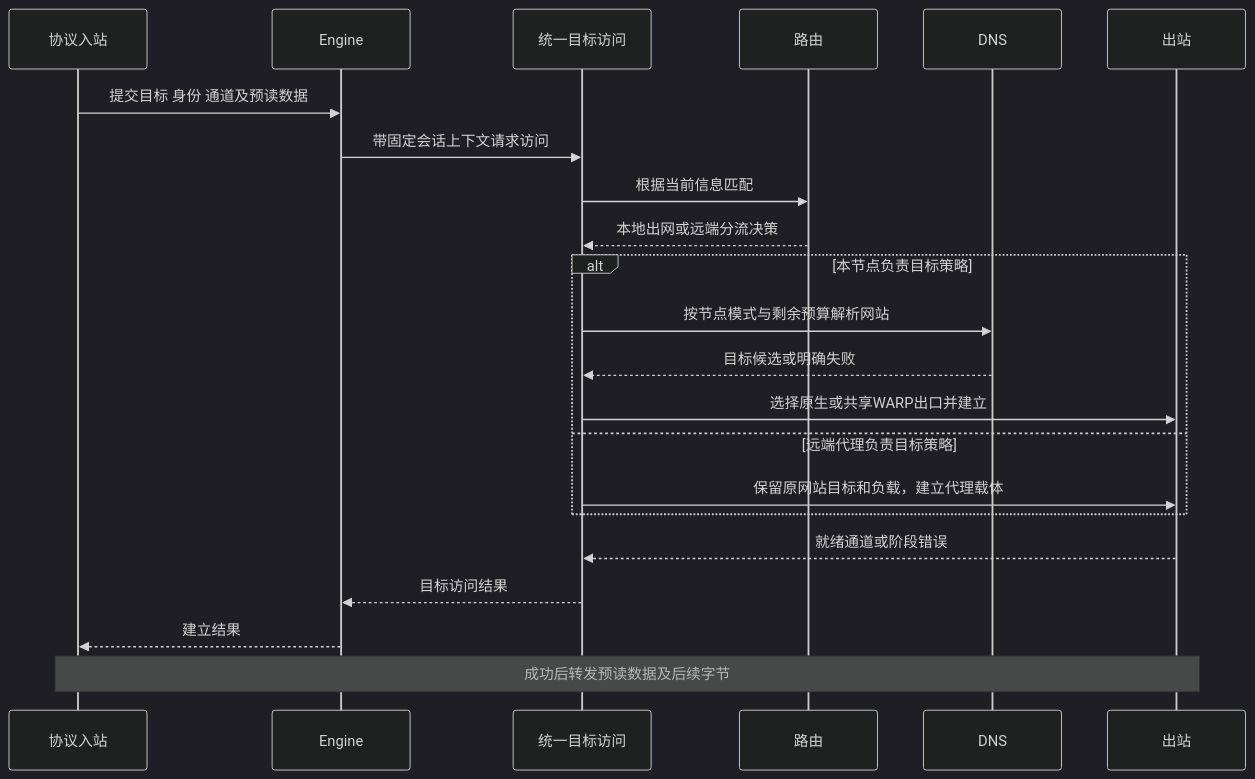
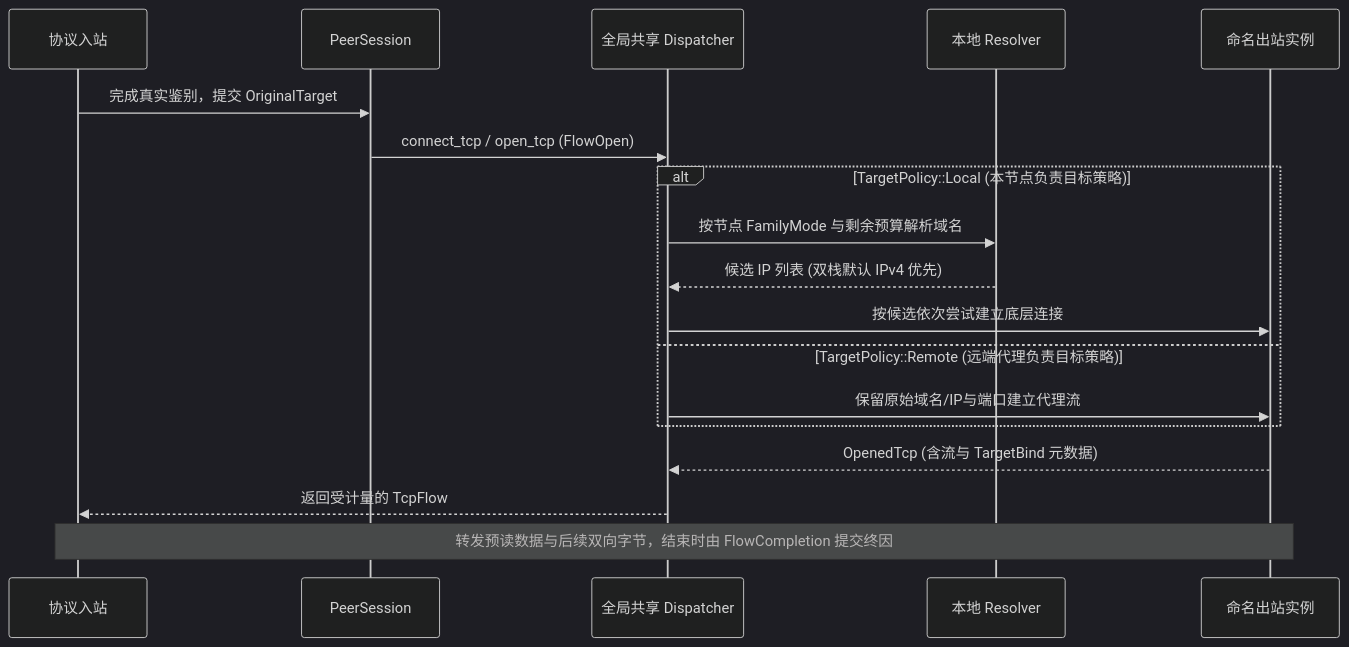
The diagram in docs/data-paths.md (yuuuki-creation/kerlico), drawn with Mermaid (dark theme) before and after one commit. The commit also changed other lines of this file and 296 other files, not shown here.

````diff
--- a/docs/data-paths.md
+++ b/docs/data-paths.md
@@ -30,24 +26,20 @@
 ```mermaid
 sequenceDiagram
     participant I as 协议入站
-    participant E as Engine
-    participant A as 统一目标访问
-    participant R as 路由
-    participant D as DNS
-    participant O as 出站
-    I->>E: 提交目标 身份 通道及预读数据
-    E->>A: 带固定会话上下文请求访问
-    A->>R: 根据当前信息匹配
-    R-->>A: 本地出网或远端分流决策
-    alt 本节点负责目标策略
-        A->>D: 按节点模式与剩余预算解析网站
-        D-->>A: 目标候选或明确失败
-        A->>O: 选择原生或共享WARP出口并建立
-    else 远端代理负责目标策略
-        A->>O: 保留原网站目标和负载，建立代理载体
+    participant P as PeerSession
+    participant D as 全局共享 Dispatcher
+    participant R as 本地 Resolver
+    participant O as 命名出站实例
+    I->>P: 完成真实鉴别，提交 OriginalTarget
+    P->>D: connect_tcp / open_tcp (FlowOpen)
+    alt TargetPolicy::Local (本节点负责目标策略)
+        D->>R: 按节点 FamilyMode 与剩余预算解析域名
+        R-->>D: 候选 IP 列表 (双栈默认 IPv4 优先)
+        D->>O: 按候选依次尝试建立底层连接
+    else TargetPolicy::Remote (远端代理负责目标策略)
+        D->>O: 保留原始域名/IP与端口建立代理流
     end
-    O-->>A: 就绪通道或阶段错误
-    A-->>E: 目标访问结果
-    E-->>I: 建立结果
-    Note over I,O: 成功后转发预读数据及后续字节
+    O-->>D: OpenedTcp (含流与 TargetBind 元数据)
+    D-->>I: 返回受计量的 TcpFlow
+    Note over I,O: 转发预读数据与后续双向字节，结束时由 FlowCompletion 提交终因
 ```
````
